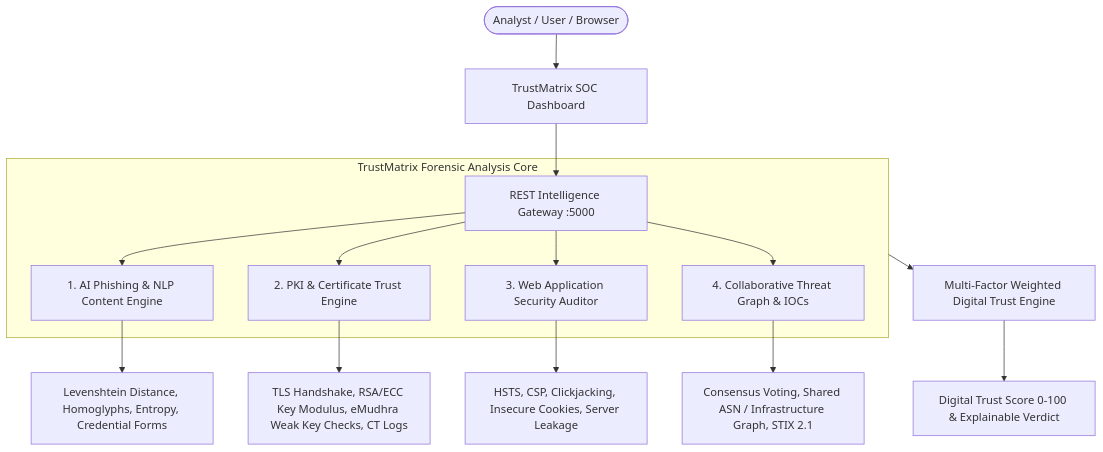
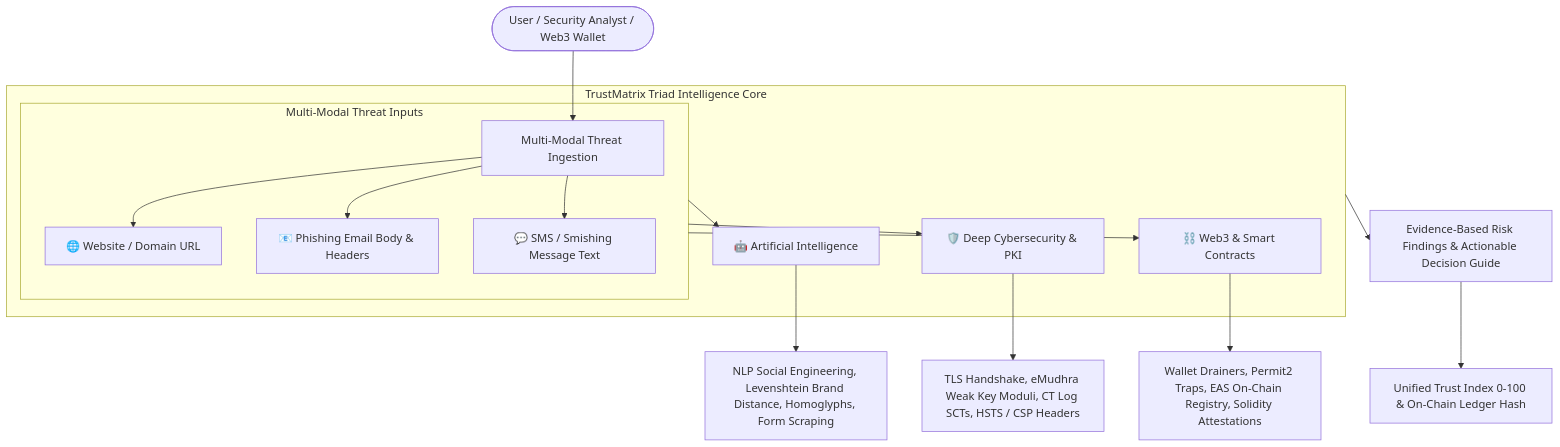
One commit to mohul2005/AI-Powered-Web-Threat-Detection-Digital-Trust-Intelligence changed the diagram in README.md. Above: the diagram before and after it, drawn with Mermaid. The commit also changed other lines of this file and 11 other files, not shown here.

Commit message:
Implement AI + Cybersecurity + Web3 triad, multi-modal ingestion (URL, email, SMS), and evidence-based decision guidance

````diff
--- a/README.md
+++ b/README.md
@@ -24,20 +14,23 @@
 ```mermaid
 flowchart TD
-    User([Analyst / User / Browser]) --> Dashboard[TrustMatrix SOC Dashboard]
-    Dashboard --> API[REST Intelligence Gateway :5000]
-
-    subgraph CoreEngines["TrustMatrix Forensic Analysis Core"]
-        API --> M1[1. AI Phishing & NLP Content Engine]
-        API --> M2[2. PKI & Certificate Trust Engine]
-        API --> M3[3. Web Application Security Auditor]
-        API --> M4[4. Collaborative Threat Graph & IOCs]
+    User([User / Security Analyst / Web3 Wallet]) --> Ingestion[Multi-Modal Threat Ingestion]
+    
+    subgraph Inputs["Multi-Modal Threat Inputs"]
+        Ingestion --> I1[🌐 Website / Domain URL]
+        Ingestion --> I2[📧 Phishing Email Body & Headers]
+        Ingestion --> I3[💬 SMS / Smishing Message Text]
     end
 
-    M1 --> M1_Out[Levenshtein Distance, Homoglyphs, Entropy, Credential Forms]
-    M2 --> M2_Out[TLS Handshake, RSA/ECC Key Modulus, eMudhra Weak Key Checks, CT Logs]
-    M3 --> M3_Out[HSTS, CSP, Clickjacking, Insecure Cookies, Server Leakage]
-    M4 --> M4_Out[Consensus Voting, Shared ASN / Infrastructure Graph, STIX 2.1]
+    subgraph TriadCore["TrustMatrix Triad Intelligence Core"]
+        Inputs --> M1[🤖 Artificial Intelligence]
+        Inputs --> M2[🛡️ Deep Cybersecurity & PKI]
+        Inputs --> M3[⛓️ Web3 & Smart Contracts]
+    end
 
-    CoreEngines --> Aggregator[Multi-Factor Weighted Digital Trust Engine]
-    Aggregator --> Output[Digital Trust Score 0-100 & Explainable Verdict]
+    M1 --> D1[NLP Social Engineering, Levenshtein Brand Distance, Homoglyphs, Form Scraping]
+    M2 --> D2[TLS Handshake, eMudhra Weak Key Moduli, CT Log SCTs, HSTS / CSP Headers]
+    M3 --> D3[Wallet Drainers, Permit2 Traps, EAS On-Chain Registry, Solidity Attestations]
+
+    TriadCore --> Evidence[Evidence-Based Risk Findings & Actionable Decision Guide]
+    Evidence --> Score[Unified Trust Index 0-100 & On-Chain Ledger Hash]
 ```
````
